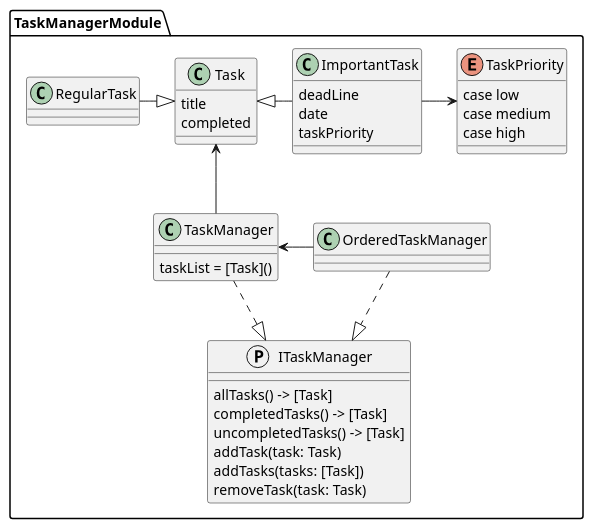
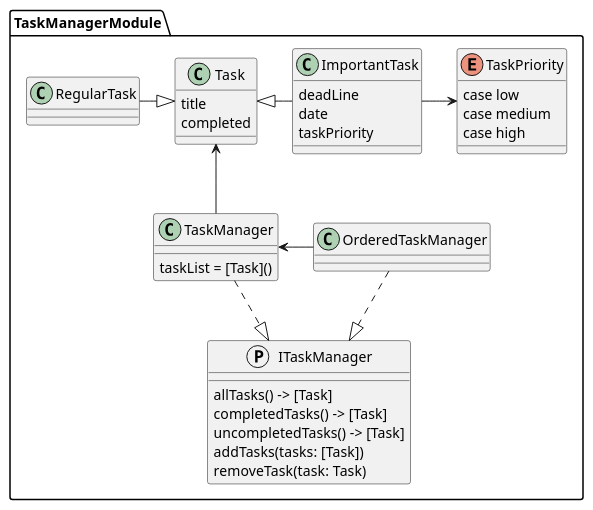
Before and after one commit to SwiftbookTeam5/MdEditor: the diagram in Packages/TaskManagerPackage/README.md, drawn with PlantUML. The commit also changed other lines of this file and 4 other files, not shown here.

````diff
--- a/Packages/TaskManagerPackage/README.md
+++ b/Packages/TaskManagerPackage/README.md
@@ -37,51 +36,50 @@
 ```plantuml
 @startuml
 
 package TaskManagerModule {
 
 	class Task {
 		title
 		completed
 	}
 
 	enum TaskPriority {
 		case low
 		case medium
 		case high
 	}
 
 	class ImportantTask {
 		deadLine
 		date
 		taskPriority
 	}
 
 	protocol ITaskManager {
 		allTasks() -> [Task]
 		completedTasks() -> [Task]
 		uncompletedTasks() -> [Task]
-		addTask(task: Task)
 		addTasks(tasks: [Task])
 		removeTask(task: Task)
 	}
 
 	class TaskManager {
 		taskList = [Task]()
 	}
 
 	class OrderedTaskManager
 
 	class RegularTask
 }
 
 TaskManager ..|> ITaskManager 
 OrderedTaskManager ..|> ITaskManager 
 OrderedTaskManager -L-> TaskManager
 
 RegularTask -R-|> Task
 ImportantTask -L-|> Task
 ImportantTask -R-> TaskPriority
 TaskManager -U-> Task
 
 @enduml
 ```
````
